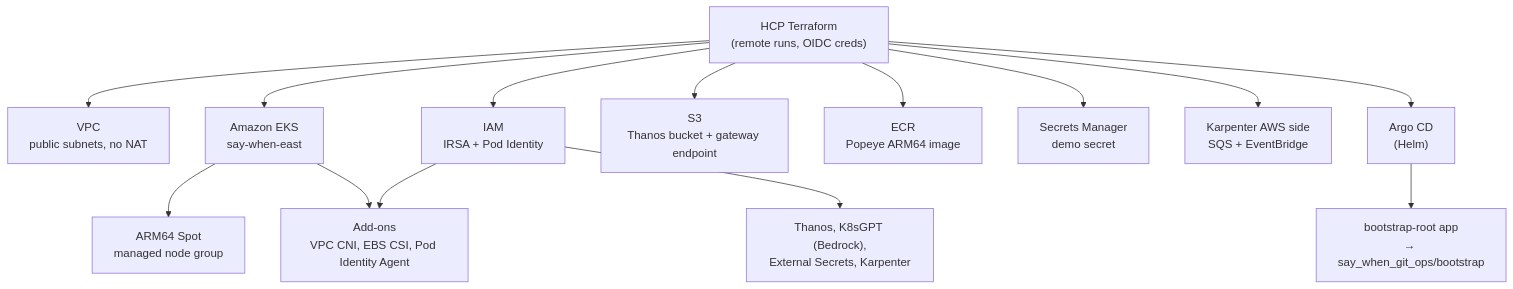
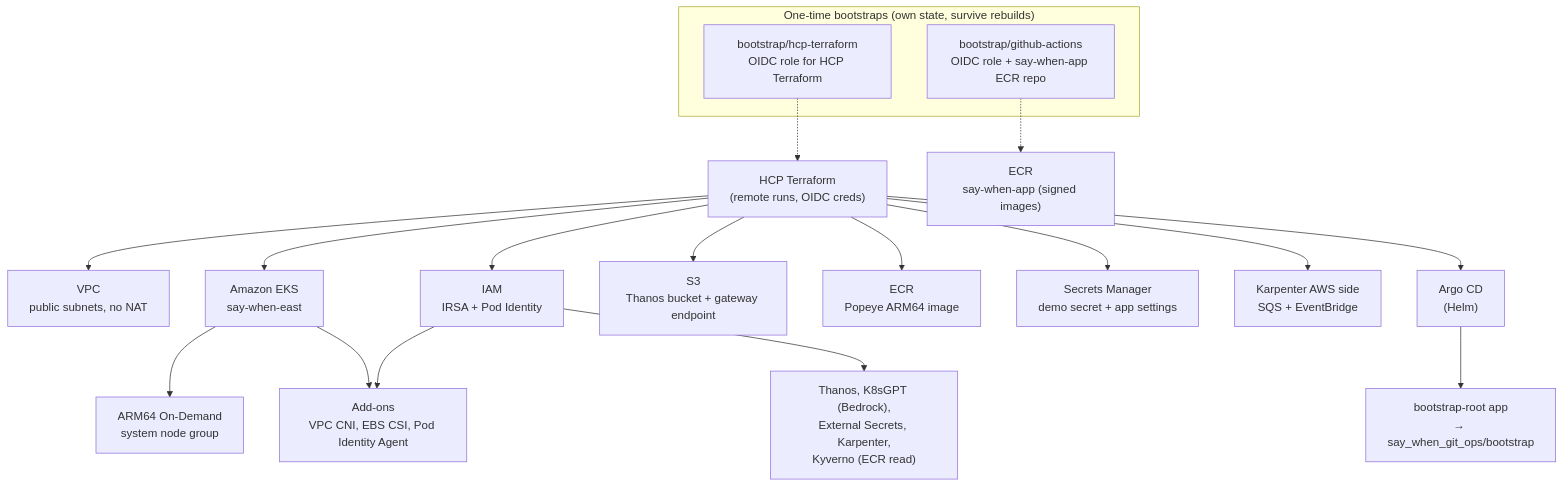
One commit to earpjennings37/say_when_infra changed the diagram in README.md. Above: the diagram before and after it, drawn with Mermaid. The commit also changed other lines of this file, not shown here.

Commit message:
README: Fall #1-#3 updates (on-demand nodes, app secrets, Kyverno ECR, GitHub Actions bootstrap)

````diff
--- a/README.md
+++ b/README.md
@@ -24,17 +24,24 @@
 ```mermaid
 flowchart TD
     HCP["HCP Terraform<br/>(remote runs, OIDC creds)"] --> VPC["VPC<br/>public subnets, no NAT"]
     HCP --> EKS["Amazon EKS<br/>say-when-east"]
     HCP --> IAM["IAM<br/>IRSA + Pod Identity"]
     HCP --> S3["S3<br/>Thanos bucket + gateway endpoint"]
     HCP --> ECR["ECR<br/>Popeye ARM64 image"]
-    HCP --> SM["Secrets Manager<br/>demo secret"]
+    HCP --> SM["Secrets Manager<br/>demo secret + app settings"]
     HCP --> KarpAWS["Karpenter AWS side<br/>SQS + EventBridge"]
     HCP --> ArgoCD["Argo CD<br/>(Helm)"]
 
-    EKS --> Nodes["ARM64 Spot<br/>managed node group"]
+    EKS --> Nodes["ARM64 On-Demand<br/>system node group"]
     EKS --> Addons["Add-ons<br/>VPC CNI, EBS CSI, Pod Identity Agent"]
     IAM --> Addons
-    IAM --> Workloads["Thanos, K8sGPT (Bedrock),<br/>External Secrets, Karpenter"]
+    IAM --> Workloads["Thanos, K8sGPT (Bedrock),<br/>External Secrets, Karpenter,<br/>Kyverno (ECR read)"]
     ArgoCD --> GitOps["bootstrap-root app<br/>→ say_when_git_ops/bootstrap"]
+
+    subgraph Bootstrap["One-time bootstraps (own state, survive rebuilds)"]
+        BH["bootstrap/hcp-terraform<br/>OIDC role for HCP Terraform"]
+        BG["bootstrap/github-actions<br/>OIDC role + say-when-app ECR repo"]
+    end
+    BH -.-> HCP
+    BG -.-> AppECR["ECR<br/>say-when-app (signed images)"]
 ```
````
